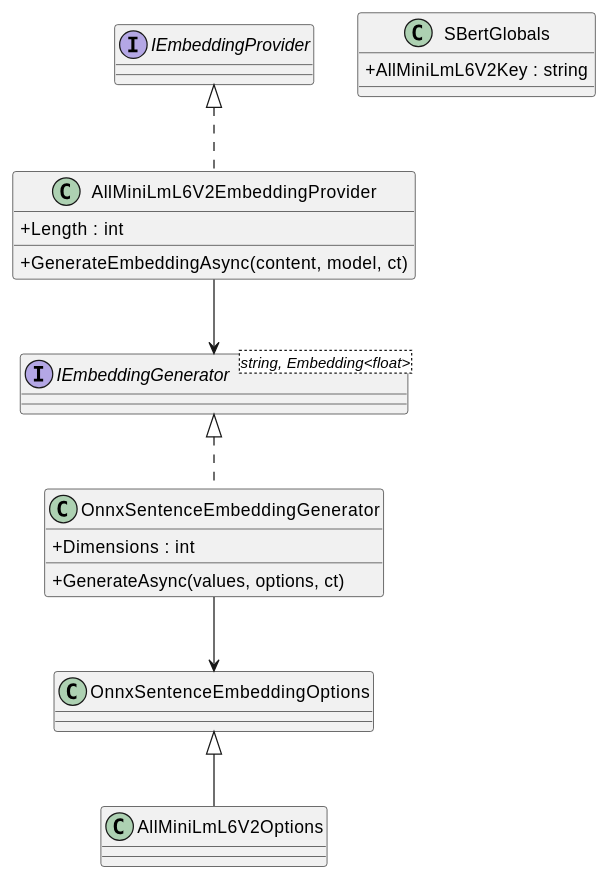
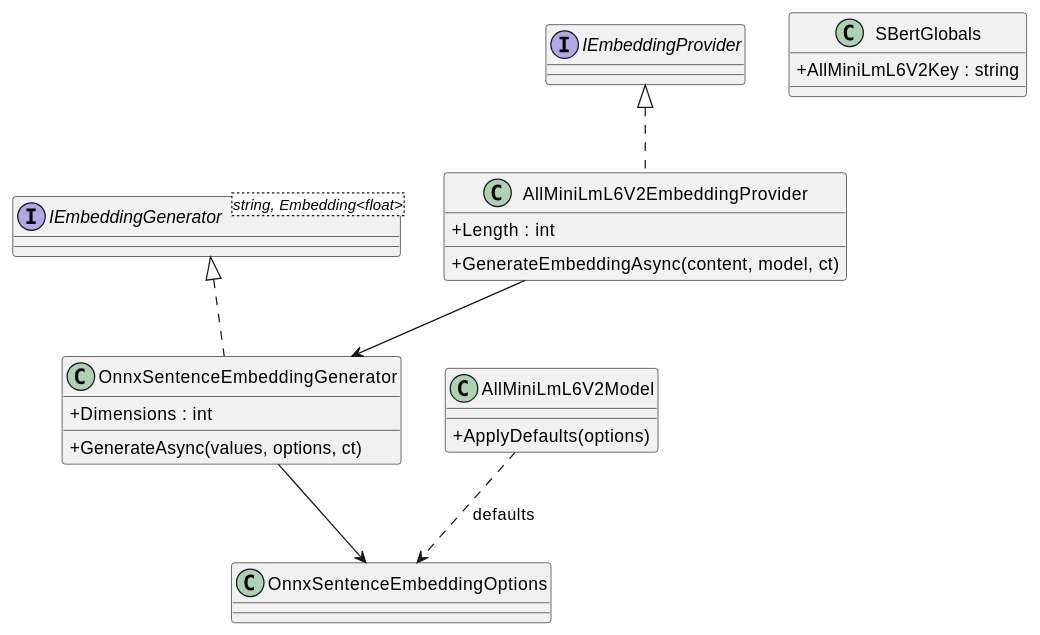
One commit to OutOfBandDevelopment/dotex changed the diagram in docs/design/AllMiniLmL6V2/api-design.md. Above: the diagram before and after it, drawn with PlantUML. The commit also changed other lines of this file and 6 other files, not shown here.

Commit message:
Reconcile the AllMiniLmL6V2 design documents with the code

````diff
--- a/docs/design/AllMiniLmL6V2/api-design.md
+++ b/docs/design/AllMiniLmL6V2/api-design.md
@@ -156,25 +114,27 @@
 ```plantuml
 @startuml
 skinparam classAttributeIconSize 0
 interface "IEmbeddingGenerator<string, Embedding<float>>" as IGen
 interface IEmbeddingProvider
 class OnnxSentenceEmbeddingGenerator {
   +Dimensions : int
   +GenerateAsync(values, options, ct)
 }
 class AllMiniLmL6V2EmbeddingProvider {
   +Length : int
   +GenerateEmbeddingAsync(content, model, ct)
 }
 class OnnxSentenceEmbeddingOptions
-class AllMiniLmL6V2Options
+class AllMiniLmL6V2Model {
+  +ApplyDefaults(options)
+}
 class SBertGlobals {
   +AllMiniLmL6V2Key : string
 }
 IGen <|.. OnnxSentenceEmbeddingGenerator
 IEmbeddingProvider <|.. AllMiniLmL6V2EmbeddingProvider
-OnnxSentenceEmbeddingOptions <|-- AllMiniLmL6V2Options
-AllMiniLmL6V2EmbeddingProvider --> IGen
+AllMiniLmL6V2Model ..> OnnxSentenceEmbeddingOptions : defaults
+AllMiniLmL6V2EmbeddingProvider --> OnnxSentenceEmbeddingGenerator
 OnnxSentenceEmbeddingGenerator --> OnnxSentenceEmbeddingOptions
 @enduml
 ```
````
